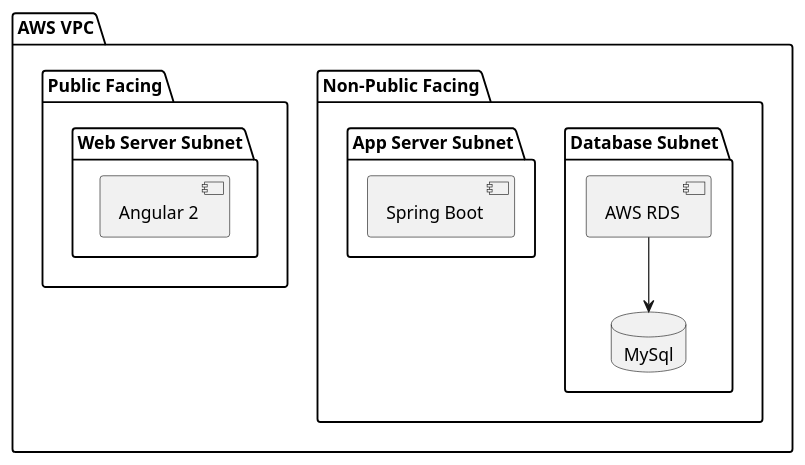
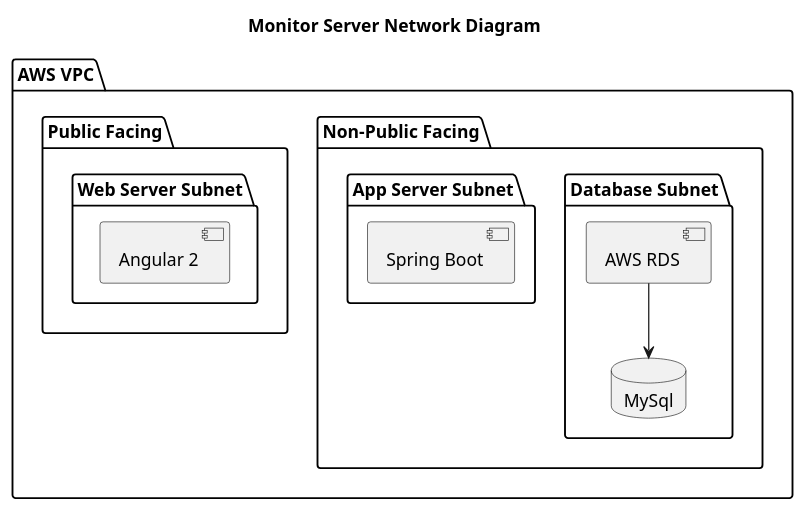
One commit to polinchw/monitorserver changed the diagram in documentation/diagrams/vpc.puml. Above: the diagram before and after it, drawn with PlantUML.

Commit message:
Added title.

```diff
--- a/documentation/diagrams/vpc.puml
+++ b/documentation/diagrams/vpc.puml
@@ -1,23 +1,24 @@
 @startuml
+title Monitor Server Network Diagram
 
 package "AWS VPC" {
   folder "Non-Public Facing" {
-  folder "Database Subnet" {
+    folder "Database Subnet" {
         [AWS RDS]  --> MySql
     }
     folder "App Server Subnet" {
         [Spring Boot]
     }
   }
   folder "Public Facing" {
     folder "Web Server Subnet" {
        [Angular 2]
     }
   }
 }
 
 database "MySql" {
 
 }
 
 @enduml
```
